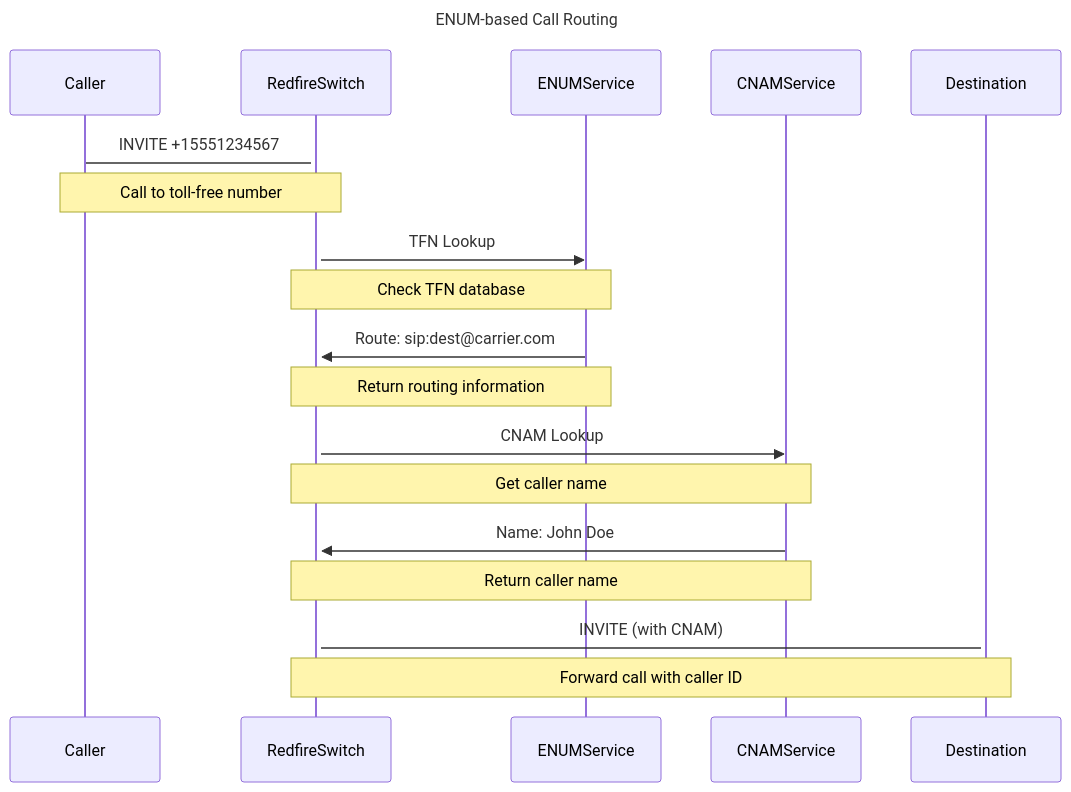
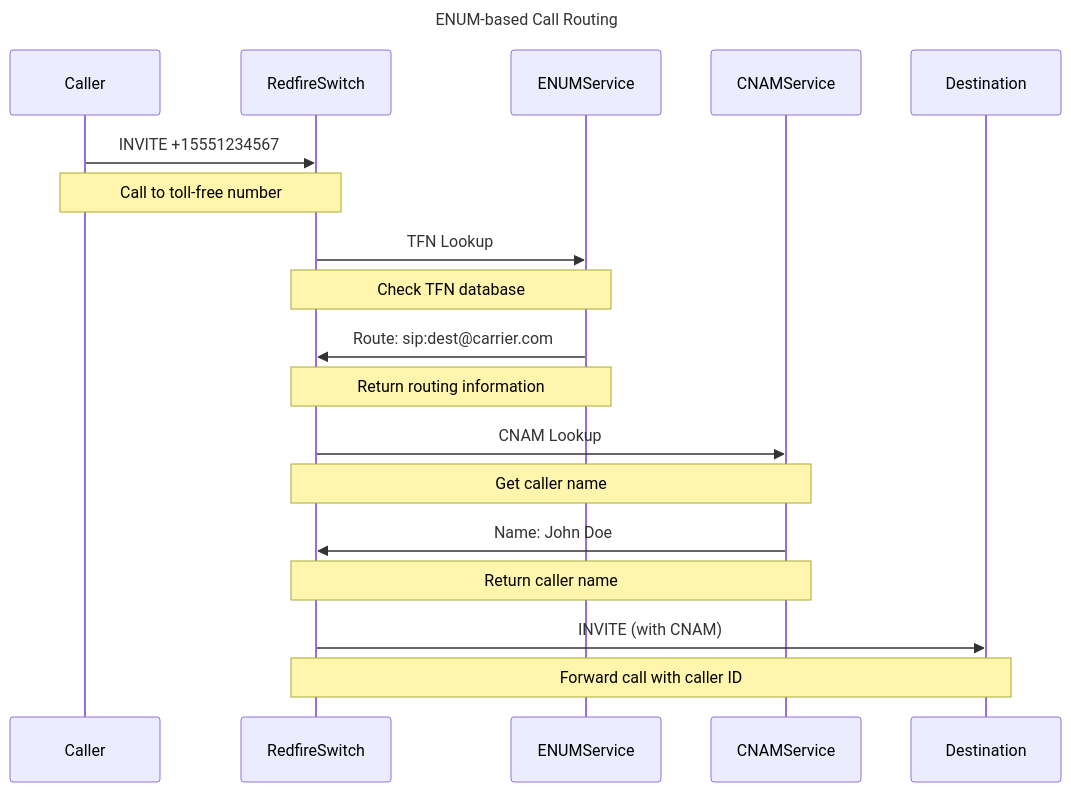
Before and after one commit to carrierone/redfire-switch: the diagram in docs/generated/call_flows/enum-based_call_routing.mermaid, drawn with Mermaid. The commit also changed 2 other files, not shown here.

Commit message:
Fix Mermaid sequence diagram activation syntax errors
- Remove participant activation/deactivation symbols that were causing GitHub rendering errors
- Update all sequence diagrams to use standard arrow syntax
- Resolves "Trying to inactivate an inactive participant" error

🤖 Generated with [Claude Code](https://claude.ai/code)

```diff
--- a/docs/generated/call_flows/enum-based_call_routing.mermaid
+++ b/docs/generated/call_flows/enum-based_call_routing.mermaid
@@ -1,20 +1,20 @@
 sequenceDiagram
     title ENUM-based Call Routing
     participant Caller
     participant RedfireSwitch
     participant ENUMService
     participant CNAMService
     participant Destination
 
-    Caller ->+ RedfireSwitch: INVITE +15551234567
+    Caller ->> RedfireSwitch: INVITE +15551234567
     Note over Caller,RedfireSwitch: Call to toll-free number
     RedfireSwitch ->> ENUMService: TFN Lookup
     Note over RedfireSwitch,ENUMService: Check TFN database
     ENUMService ->> RedfireSwitch: Route: sip:dest@carrier.com
     Note over ENUMService,RedfireSwitch: Return routing information
     RedfireSwitch ->> CNAMService: CNAM Lookup
     Note over RedfireSwitch,CNAMService: Get caller name
     CNAMService ->> RedfireSwitch: Name: John Doe
     Note over CNAMService,RedfireSwitch: Return caller name
-    RedfireSwitch ->+ Destination: INVITE (with CNAM)
+    RedfireSwitch ->> Destination: INVITE (with CNAM)
     Note over RedfireSwitch,Destination: Forward call with caller ID
```
